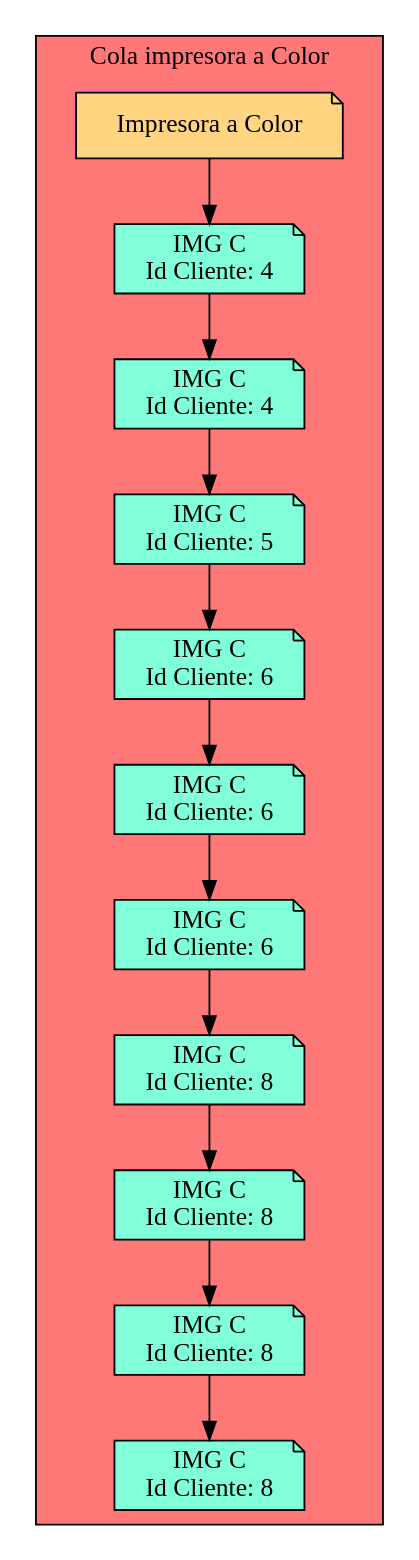
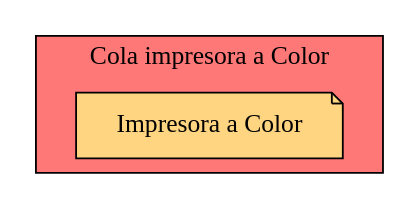
One commit to Serch-ING/EDD_UDRAWING_202000119 changed the diagram in Cola_Print_color.dot. Above: the diagram before and after it, drawn with Graphviz. The commit also changed 12 other files, not shown here.

```diff
--- a/Cola_Print_color.dot
+++ b/Cola_Print_color.dot
@@ -1,45 +1,6 @@
 digraph L {
 node[shape=note fillcolor="#A181FF" style =filled]
 subgraph cluster_p{
     label= " Cola impresora a Color "
  raiz[label = "Impresora a Color" fillcolor="#FFD581" ]    bgcolor = "#FF7878"
-Nodo1847008471[label="IMG C 
-Id Cliente: 4",fillcolor="#81FFDA"]
-Nodo1076607567[label="IMG C 
-Id Cliente: 4",fillcolor="#81FFDA"]
-Nodo71399214[label="IMG C 
-Id Cliente: 5",fillcolor="#81FFDA"]
-Nodo854587510[label="IMG C 
-Id Cliente: 6",fillcolor="#81FFDA"]
-Nodo148626113[label="IMG C 
-Id Cliente: 6",fillcolor="#81FFDA"]
-Nodo1847637306[label="IMG C 
-Id Cliente: 6",fillcolor="#81FFDA"]
-Nodo1332668132[label="IMG C 
-Id Cliente: 8",fillcolor="#81FFDA"]
-Nodo1147580192[label="IMG C 
-Id Cliente: 8",fillcolor="#81FFDA"]
-Nodo173099767[label="IMG C 
-Id Cliente: 8",fillcolor="#81FFDA"]
-Nodo112797691[label="IMG C 
-Id Cliente: 8",fillcolor="#81FFDA"]
-
-raiz->Nodo1847008471
-Nodo1847008471 -> Nodo1076607567
-
-Nodo1076607567 -> Nodo71399214
-
-Nodo71399214 -> Nodo854587510
-
-Nodo854587510 -> Nodo148626113
-
-Nodo148626113 -> Nodo1847637306
-
-Nodo1847637306 -> Nodo1332668132
-
-Nodo1332668132 -> Nodo1147580192
-
-Nodo1147580192 -> Nodo173099767
-
-Nodo173099767 -> Nodo112797691
 }}
```
